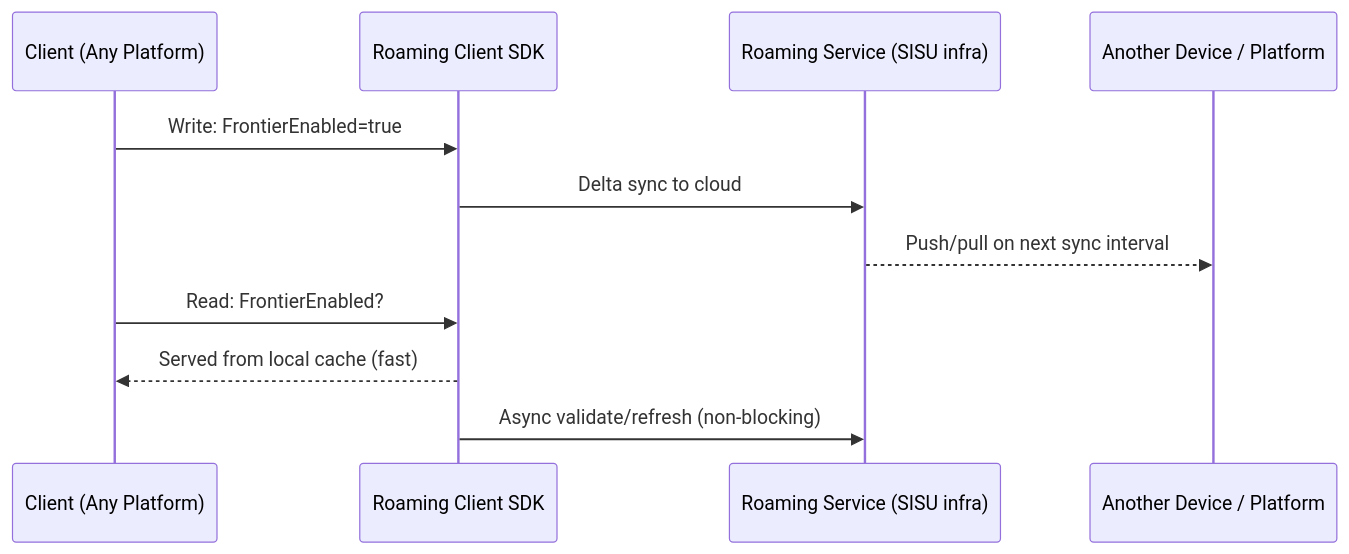
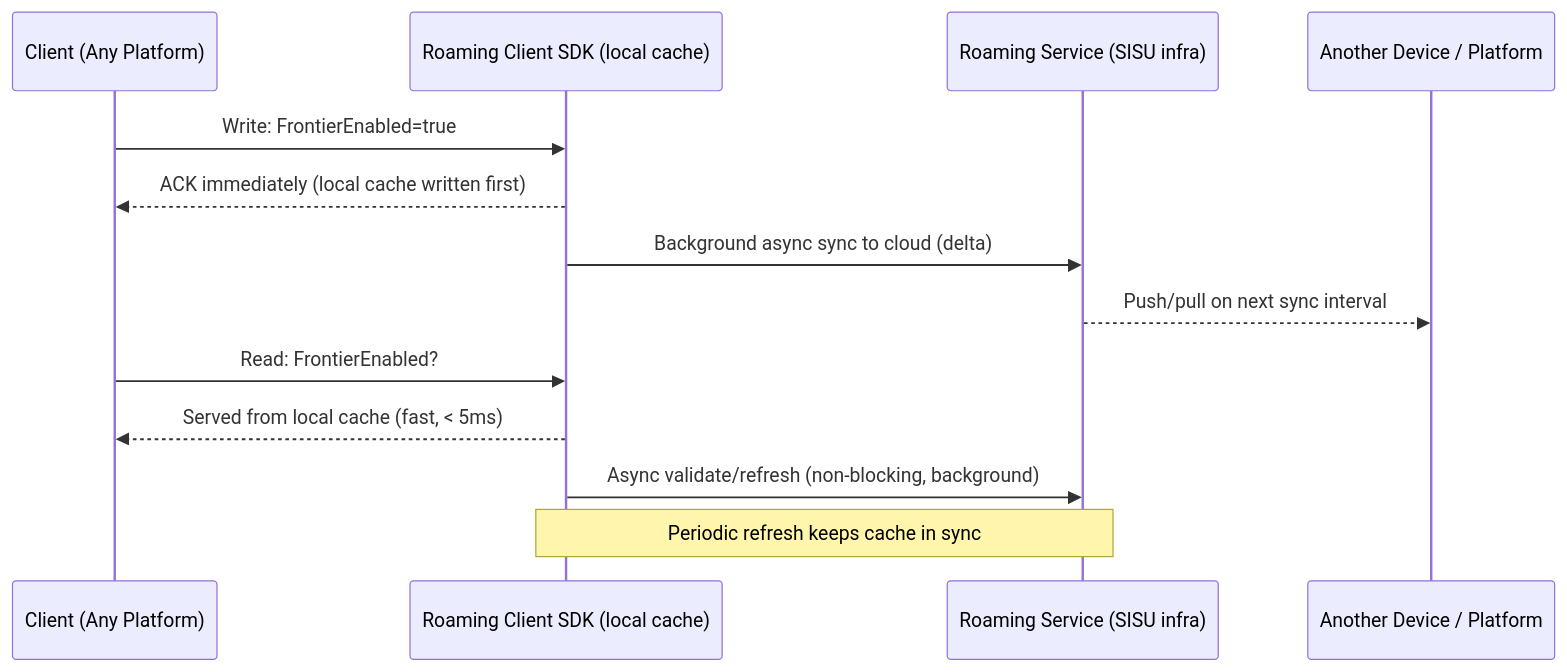
Before and after one commit to AbhishekBag/FrontierInitiative: the fourth of 10 diagrams in docs/Frontier_State_Control_Consent_v2.md, drawn with Mermaid. The commit also changed other lines of this file, not shown here.

````diff
--- a/docs/Frontier_State_Control_Consent_v2.md
+++ b/docs/Frontier_State_Control_Consent_v2.md
@@ -224,15 +252,17 @@
 ```mermaid
 sequenceDiagram
     participant C as Client (Any Platform)
-    participant SDK as Roaming Client SDK
+    participant SDK as Roaming Client SDK (local cache)
     participant RS as Roaming Service (SISU infra)
     participant C2 as Another Device / Platform
 
     C->>SDK: Write: FrontierEnabled=true
-    SDK->>RS: Delta sync to cloud
+    SDK-->>C: ACK immediately (local cache written first)
+    SDK->>RS: Background async sync to cloud (delta)
     RS-->>C2: Push/pull on next sync interval
 
     C->>SDK: Read: FrontierEnabled?
-    SDK-->>C: Served from local cache (fast)
-    SDK->>RS: Async validate/refresh (non-blocking)
+    SDK-->>C: Served from local cache (fast, < 5ms)
+    SDK->>RS: Async validate/refresh (non-blocking, background)
+    Note over SDK,RS: Periodic refresh keeps cache in sync
 ```
````
